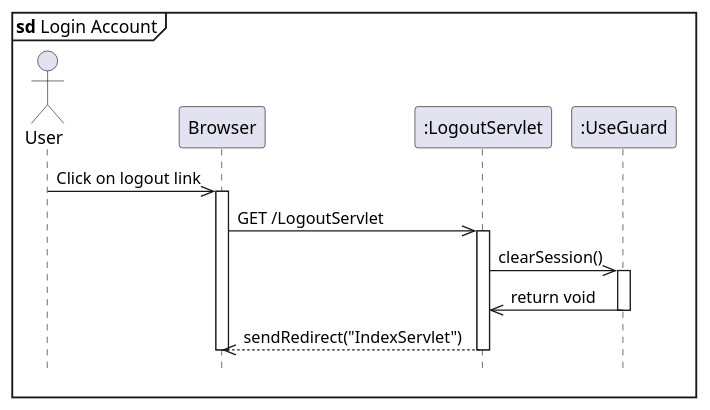
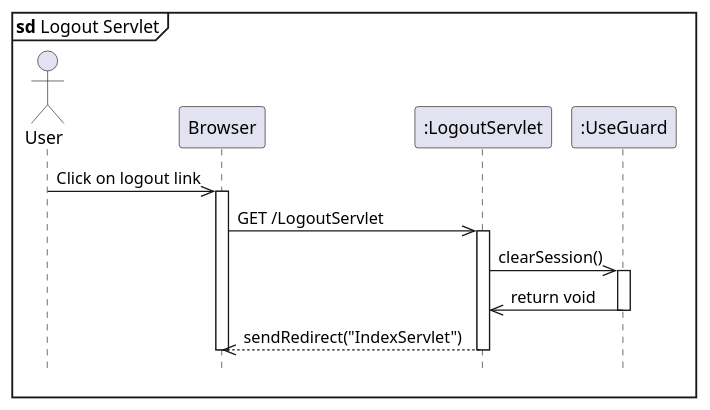
Before and after one commit to kainesv86/HKCBooking: the diagram in diagram/LogoutServlet.puml, drawn with PlantUML. The commit also changed 2 other files, not shown here.

```diff
--- a/diagram/LogoutServlet.puml
+++ b/diagram/LogoutServlet.puml
@@ -1,24 +1,24 @@
 @startuml loginAccount
 
 hide footbox
-mainframe <b>sd</b> Login Account
+mainframe <b>sd</b> Logout Servlet
 actor User
 participant "Browser" as Browser
 participant ":LogoutServlet" as LogoutServlet
 participant ":UseGuard" as UseGuard
 
 
 User ->> Browser: Click on logout link
 activate Browser
 
 Browser ->> LogoutServlet: GET /LogoutServlet
     activate LogoutServlet
         LogoutServlet ->> UseGuard: clearSession()
         activate UseGuard
             UseGuard ->> LogoutServlet: return void
         deactivate UseGuard
         LogoutServlet -->> Browser: sendRedirect("IndexServlet")
     deactivate LogoutServlet
 deactivate Browser
 
 @enduml
```
